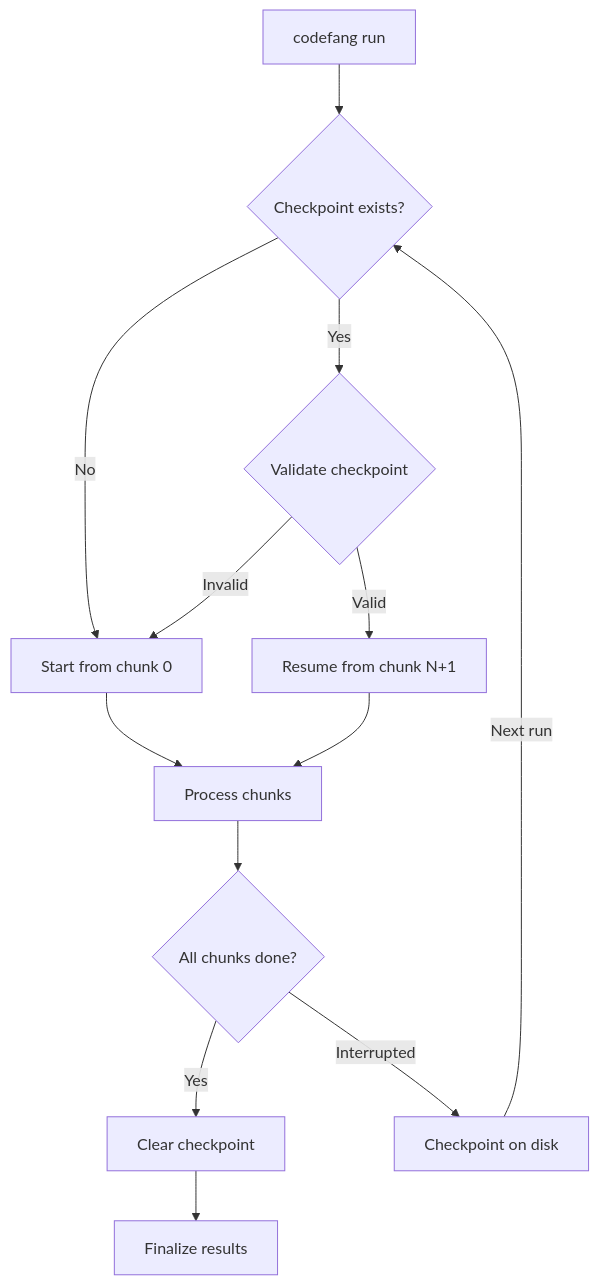
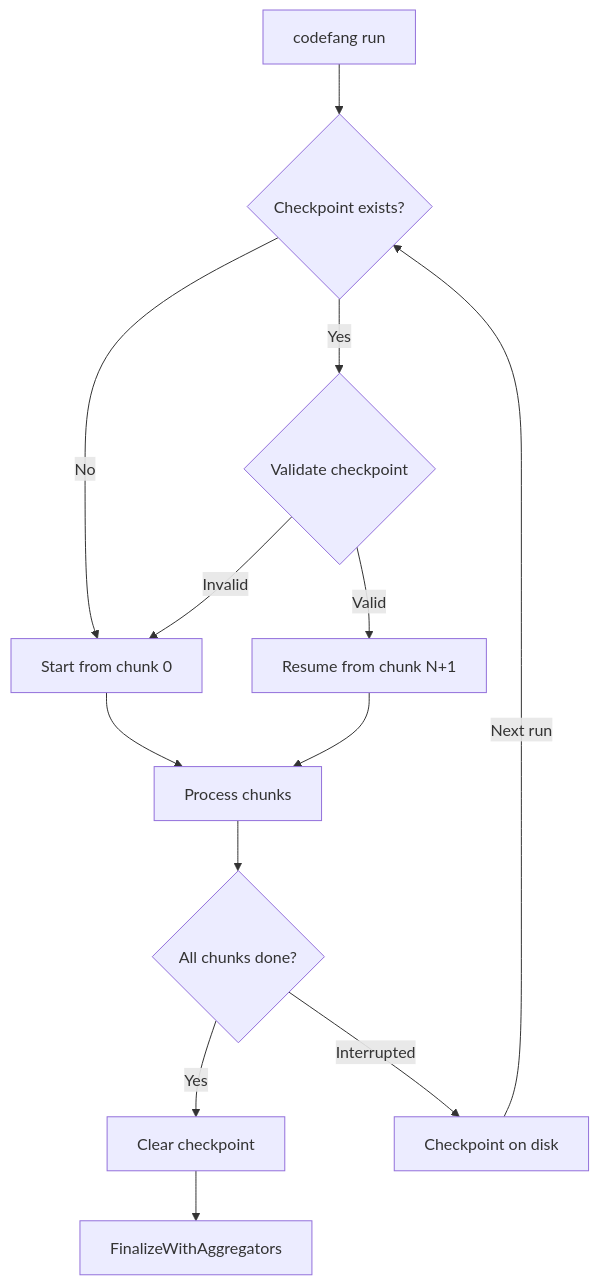
The second of 2 diagrams in site/architecture/streaming-pipeline.md (Sumatoshi-tech/codefang), drawn with Mermaid before and after one commit. The commit also changed other lines of this file and 225 other files, not shown here.

````diff
--- a/site/architecture/streaming-pipeline.md
+++ b/site/architecture/streaming-pipeline.md
@@ -271,15 +369,15 @@
 ```mermaid
 flowchart TD
     START[codefang run] --> CHECK{Checkpoint exists?}
     CHECK -->|No| FRESH[Start from chunk 0]
     CHECK -->|Yes| VALIDATE{Validate checkpoint}
     VALIDATE -->|Invalid| FRESH
     VALIDATE -->|Valid| RESUME["Resume from chunk N+1"]
     FRESH --> PROCESS[Process chunks]
     RESUME --> PROCESS
     PROCESS --> COMPLETE{All chunks done?}
     COMPLETE -->|Yes| CLEAR[Clear checkpoint]
-    CLEAR --> FINALIZE[Finalize results]
+    CLEAR --> FINALIZE[FinalizeWithAggregators]
     COMPLETE -->|Interrupted| SAVED[Checkpoint on disk]
     SAVED --> |Next run| CHECK
 ```
````
